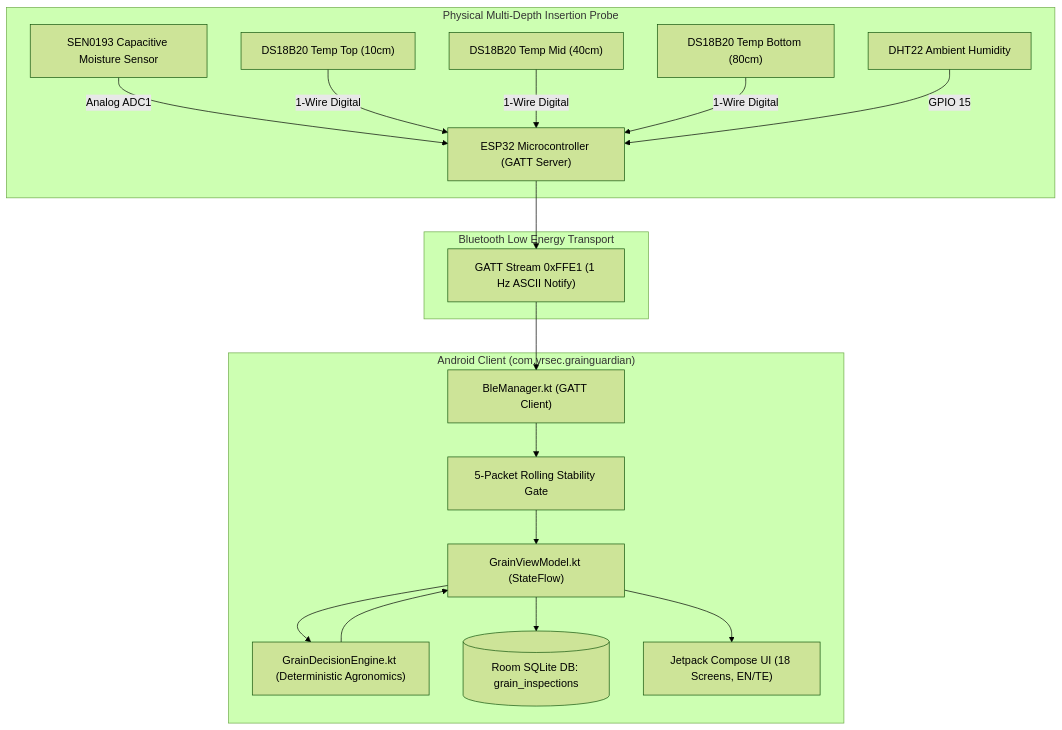
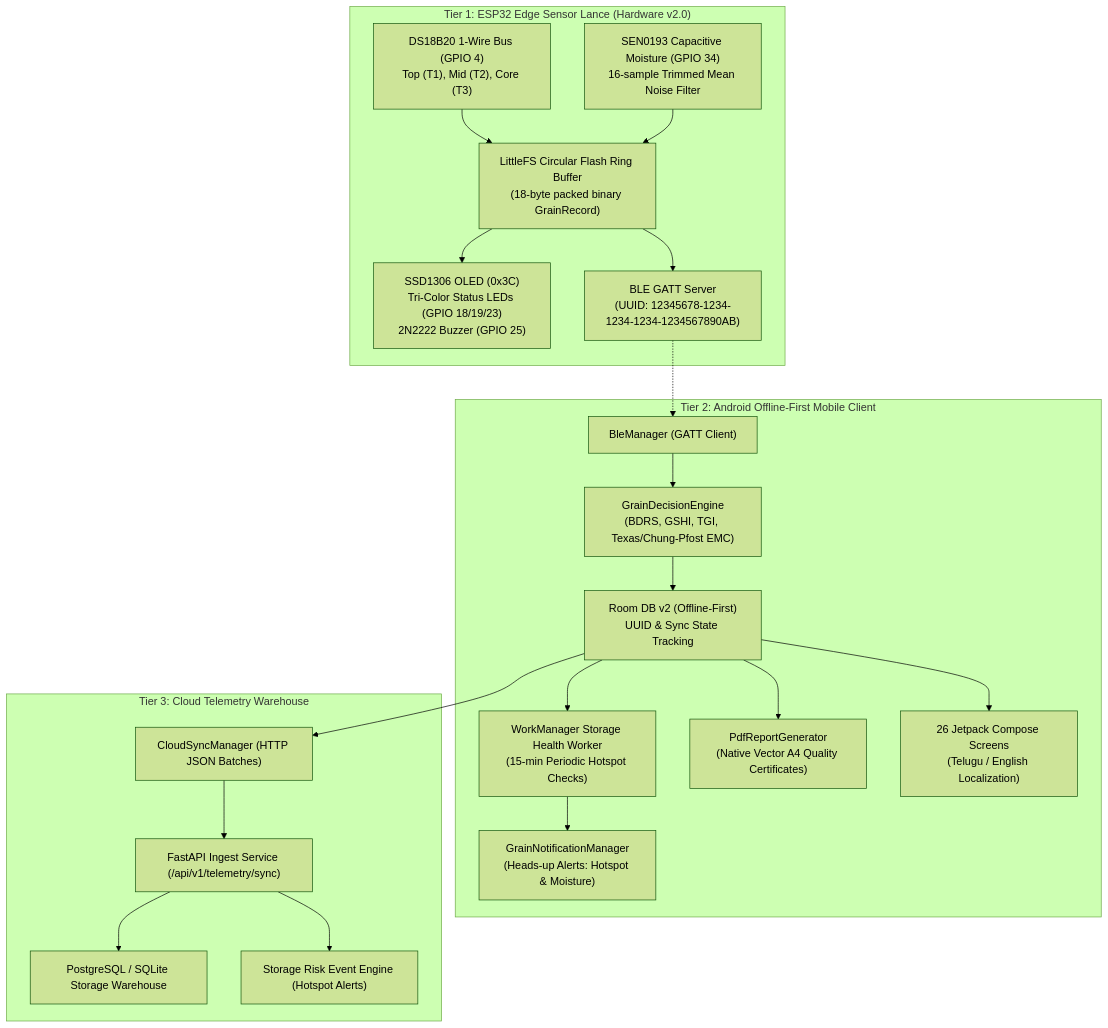
The diagram in README.md (nleelaranga-ai/grain_guardian_app), drawn with Mermaid (forest theme) before and after one commit. The commit also changed other lines of this file, not shown here.

Commit message:
docs: upgrade to flagship premium README with full 8-phase documentation, architecture, and APK download

````diff
--- a/README.md
+++ b/README.md
@@ -41,39 +41,45 @@
 ```mermaid
-graph TD
-    subgraph Probe ["Physical Multi-Depth Insertion Probe"]
-        M1["SEN0193 Capacitive Moisture Sensor"]
-        T1["DS18B20 Temp Top (10cm)"]
-        T2["DS18B20 Temp Mid (40cm)"]
-        T3["DS18B20 Temp Bottom (80cm)"]
-        H1["DHT22 Ambient Humidity"]
-        ESP["ESP32 Microcontroller (GATT Server)"]
-        
-        M1 -->|Analog ADC1| ESP
-        T1 -->|1-Wire Digital| ESP
-        T2 -->|1-Wire Digital| ESP
-        T3 -->|1-Wire Digital| ESP
-        H1 -->|GPIO 15| ESP
+flowchart TD
+    subgraph Tier1["Tier 1: ESP32 Edge Sensor Lance (Hardware v2.0)"]
+        DS18B20["DS18B20 1-Wire Bus (GPIO 4)<br>Top (T1), Mid (T2), Core (T3)"]
+        SEN0193["SEN0193 Capacitive Moisture (GPIO 34)<br>16-sample Trimmed Mean Noise Filter"]
+        LittleFS["LittleFS Circular Flash Ring Buffer<br>(18-byte packed binary GrainRecord)"]
+        Actuators["SSD1306 OLED (0x3C)<br>Tri-Color Status LEDs (GPIO 18/19/23)<br>2N2222 Buzzer (GPIO 25)"]
+        GATT["BLE GATT Server<br>(UUID: 12345678-1234-1234-1234-1234567890AB)"]
+
+        DS18B20 --> LittleFS
+        SEN0193 --> LittleFS
+        LittleFS --> Actuators
+        LittleFS --> GATT
     end
 
-    subgraph BLE ["Bluetooth Low Energy Transport"]
-        GATT["GATT Stream 0xFFE1 (1 Hz ASCII Notify)"]
-        ESP --> GATT
+    subgraph Tier2["Tier 2: Android Offline-First Mobile Client"]
+        BleClient["BleManager (GATT Client)"]
+        Engine["GrainDecisionEngine<br>(BDRS, GSHI, TGI, Texas/Chung-Pfost EMC)"]
+        RoomDB["Room DB v2 (Offline-First)<br>UUID & Sync State Tracking"]
+        WorkMgr["WorkManager Storage Health Worker<br>(15-min Periodic Hotspot Checks)"]
+        Notif["GrainNotificationManager<br>(Heads-up Alerts: Hotspot & Moisture)"]
+        PDF["PdfReportGenerator<br>(Native Vector A4 Quality Certificates)"]
+        UI["26 Jetpack Compose Screens<br>(Telugu / English Localization)"]
+
+        GATT -.-> BleClient
+        BleClient --> Engine
+        Engine --> RoomDB
+        RoomDB --> UI
+        RoomDB --> WorkMgr
+        WorkMgr --> Notif
+        RoomDB --> PDF
     end
 
-    subgraph AndroidClient ["Android Client (com.vrsec.grainguardian)"]
-        BLE_MGR["BleManager.kt (GATT Client)"]
-        GATE["5-Packet Rolling Stability Gate"]
-        ENGINE["GrainDecisionEngine.kt (Deterministic Agronomics)"]
-        VM["GrainViewModel.kt (StateFlow)"]
-        ROOM[("Room SQLite DB: grain_inspections")]
-        UI["Jetpack Compose UI (18 Screens, EN/TE)"]
+    subgraph Tier3["Tier 3: Cloud Telemetry Warehouse"]
+        SyncMgr["CloudSyncManager (HTTP JSON Batches)"]
+        FastAPI["FastAPI Ingest Service (/api/v1/telemetry/sync)"]
+        Warehouse["PostgreSQL / SQLite Storage Warehouse"]
+        RiskEngine["Storage Risk Event Engine (Hotspot Alerts)"]
 
-        GATT --> BLE_MGR
-        BLE_MGR --> GATE
-        GATE --> VM
-        VM --> ENGINE
-        ENGINE --> VM
-        VM --> ROOM
-        VM --> UI
+        RoomDB --> SyncMgr
+        SyncMgr --> FastAPI
+        FastAPI --> Warehouse
+        FastAPI --> RiskEngine
     end
 ```
````
